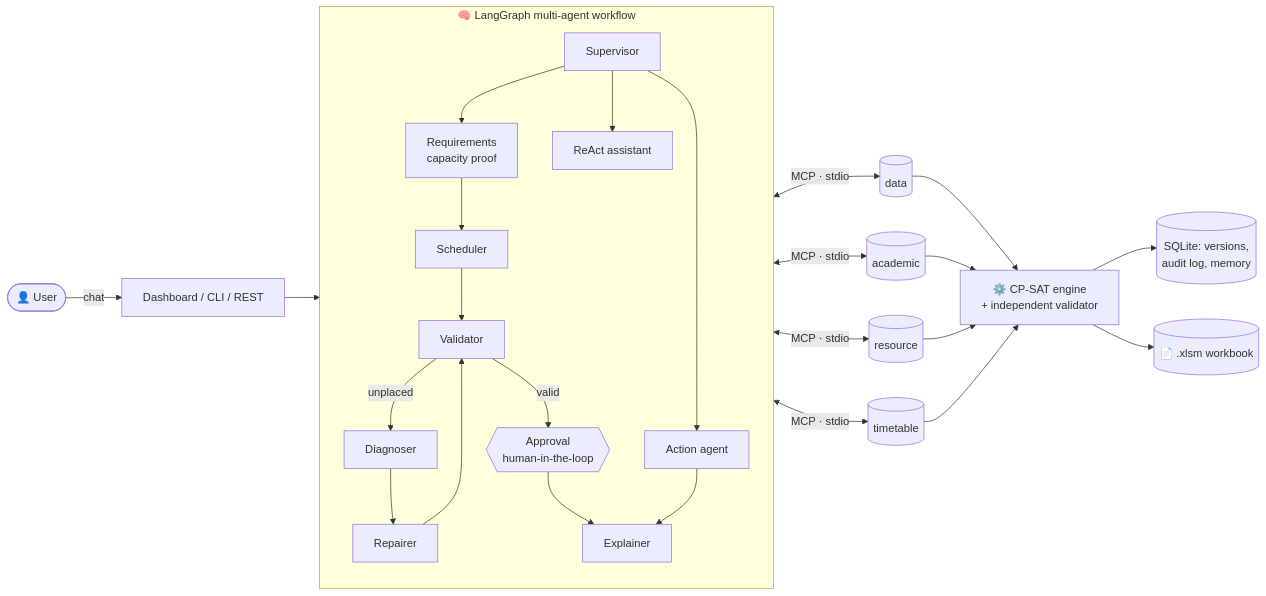
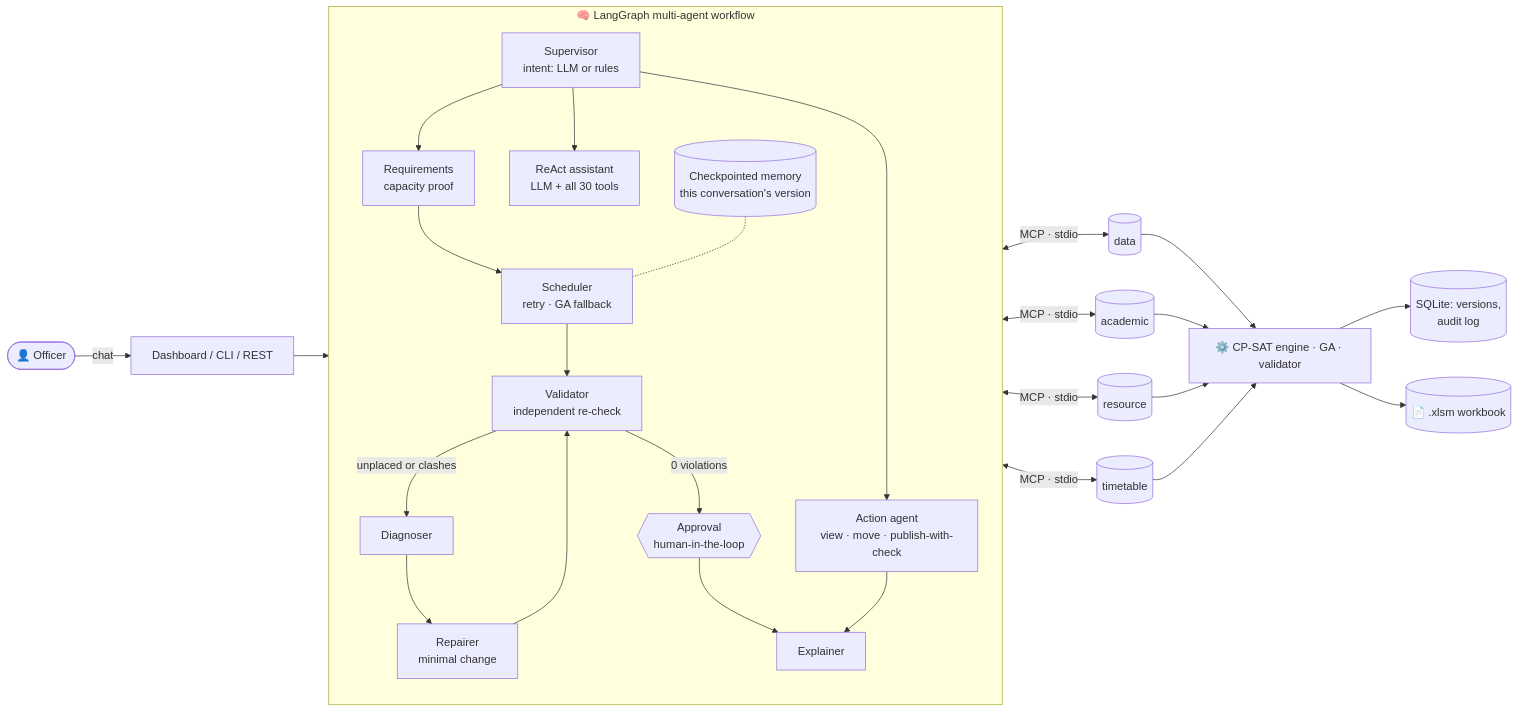
The diagram in README.md (Niteshpandey12345/university-timetable-agent), drawn with Mermaid before and after one commit. The commit also changed other lines of this file and 56 other files, not shown here.

````diff
--- a/README.md
+++ b/README.md
@@ -104,24 +97,26 @@
 ```mermaid
 flowchart LR
-    U([👤 User]) -->|chat| UI[Dashboard / CLI / REST]
+    U([👤 Officer]) -->|chat| UI[Dashboard / CLI / REST]
     UI --> LG
 
     subgraph LG[🧠 LangGraph multi-agent workflow]
         direction TB
-        SUP[Supervisor] --> REQ[Requirements<br/>capacity proof]
-        REQ --> SCH[Scheduler] --> VAL[Validator]
-        VAL -- unplaced --> DIA[Diagnoser] --> REP[Repairer] --> VAL
-        VAL -- valid --> APP{{Approval<br/>human-in-the-loop}} --> EXP[Explainer]
-        SUP --> ACT[Action agent] --> EXP
-        SUP --> AST[ReAct assistant]
+        SUP[Supervisor<br/>intent: LLM or rules] --> REQ[Requirements<br/>capacity proof]
+        REQ --> SCH[Scheduler<br/>retry · GA fallback]
+        SCH --> VAL[Validator<br/>independent re-check]
+        VAL -- "unplaced or clashes" --> DIA[Diagnoser] --> REP[Repairer<br/>minimal change] --> VAL
+        VAL -- "0 violations" --> APP{{Approval<br/>human-in-the-loop}} --> EXP[Explainer]
+        SUP --> ACT[Action agent<br/>view · move · publish-with-check] --> EXP
+        SUP --> AST[ReAct assistant<br/>LLM + all 30 tools]
+        MEM[(Checkpointed memory<br/>this conversation's version)] -.- SCH
     end
 
     LG <-->|MCP · stdio| M1[(data)]
     LG <-->|MCP · stdio| M2[(academic)]
     LG <-->|MCP · stdio| M3[(resource)]
     LG <-->|MCP · stdio| M4[(timetable)]
 
-    M1 & M2 & M3 & M4 --> ENG[⚙️ CP-SAT engine<br/>+ independent validator]
-    ENG --> DB[(SQLite: versions,<br/>audit log, memory)]
+    M1 & M2 & M3 & M4 --> ENG[⚙️ CP-SAT engine · GA · validator]
+    ENG --> DB[(SQLite: versions,<br/>audit log)]
     ENG --> XL[(📄 .xlsm workbook)]
 ```
````
